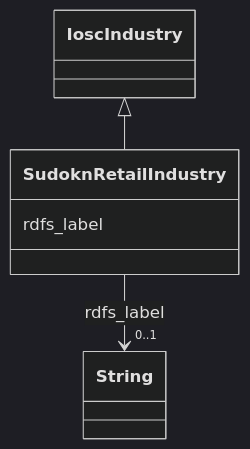
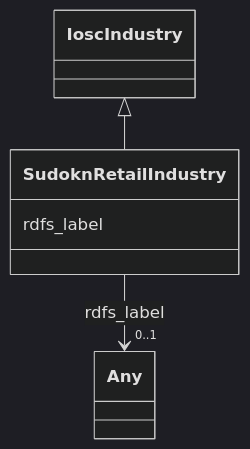
The diagram in sudokn-kg/classes/SudoknRetailIndustry.md (frink-okn/graph-descriptions), drawn with Mermaid (dark theme) before and after one commit. The commit also changed other lines of this file and 903 other files, not shown here.

````diff
--- a/sudokn-kg/classes/SudoknRetailIndustry.md
+++ b/sudokn-kg/classes/SudoknRetailIndustry.md
@@ -23,18 +18,18 @@
 ```mermaid
  classDiagram
     class SudoknRetailIndustry
     click SudoknRetailIndustry href "../SudoknRetailIndustry"
       IoscIndustry <|-- SudoknRetailIndustry
         click IoscIndustry href "../IoscIndustry"
       
       SudoknRetailIndustry : rdfs_label
         
           
     
     
-    SudoknRetailIndustry --> "0..1" String : rdfs_label
-    click String href "../String"
+    SudoknRetailIndustry --> "0..1" Any : rdfs_label
+    click Any href "../Any"
 
         
       
 ```
````
